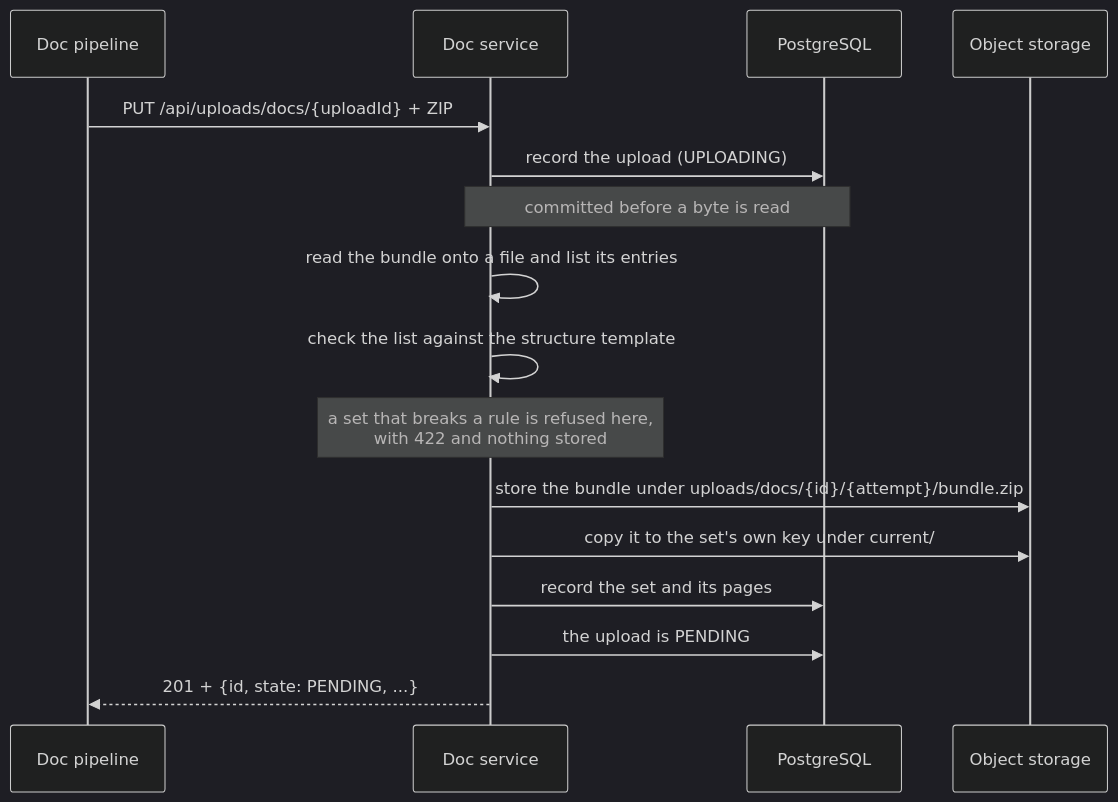
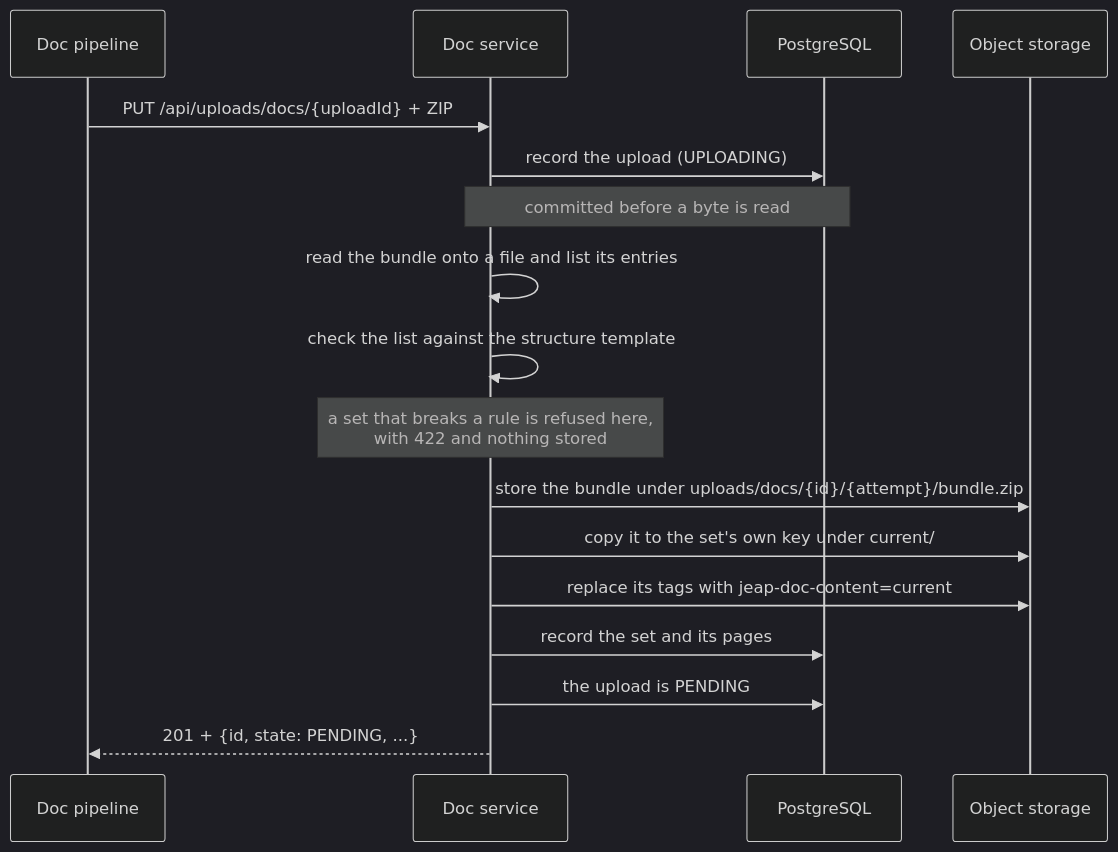
One commit to jeap-admin-ch/jeap-doc-service changed the diagram in docs/uploads.md. Above: the diagram before and after it, drawn with Mermaid (dark theme). The commit also changed other lines of this file and 22 other files, not shown here.

````diff
--- a/docs/uploads.md
+++ b/docs/uploads.md
@@ -10,18 +10,19 @@
 ```mermaid
 sequenceDiagram
     participant P as Doc pipeline
     participant D as Doc service
     participant DB as PostgreSQL
     participant S3 as Object storage
     P->>D: PUT /api/uploads/docs/{uploadId} + ZIP
     D->>DB: record the upload (UPLOADING)
     Note over D,DB: committed before a byte is read
     D->>D: read the bundle onto a file and list its entries
     D->>D: check the list against the structure template
     Note over D: a set that breaks a rule is refused here,<br/>with 422 and nothing stored
     D->>S3: store the bundle under uploads/docs/{id}/{attempt}/bundle.zip
     D->>S3: copy it to the set's own key under current/
+    D->>S3: replace its tags with jeap-doc-content=current
     D->>DB: record the set and its pages
     D->>DB: the upload is PENDING
     D-->>P: 201 + {id, state: PENDING, ...}
 ```
````
